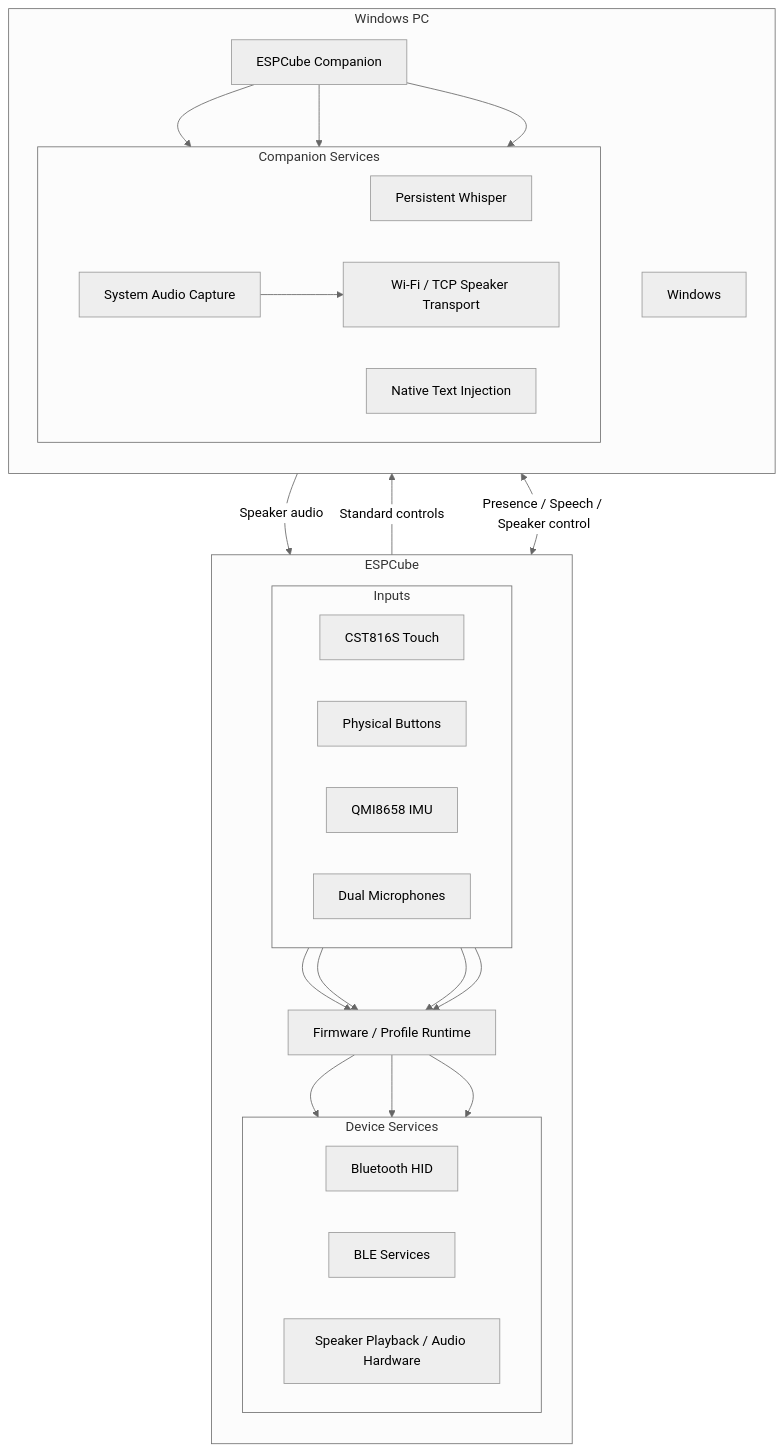
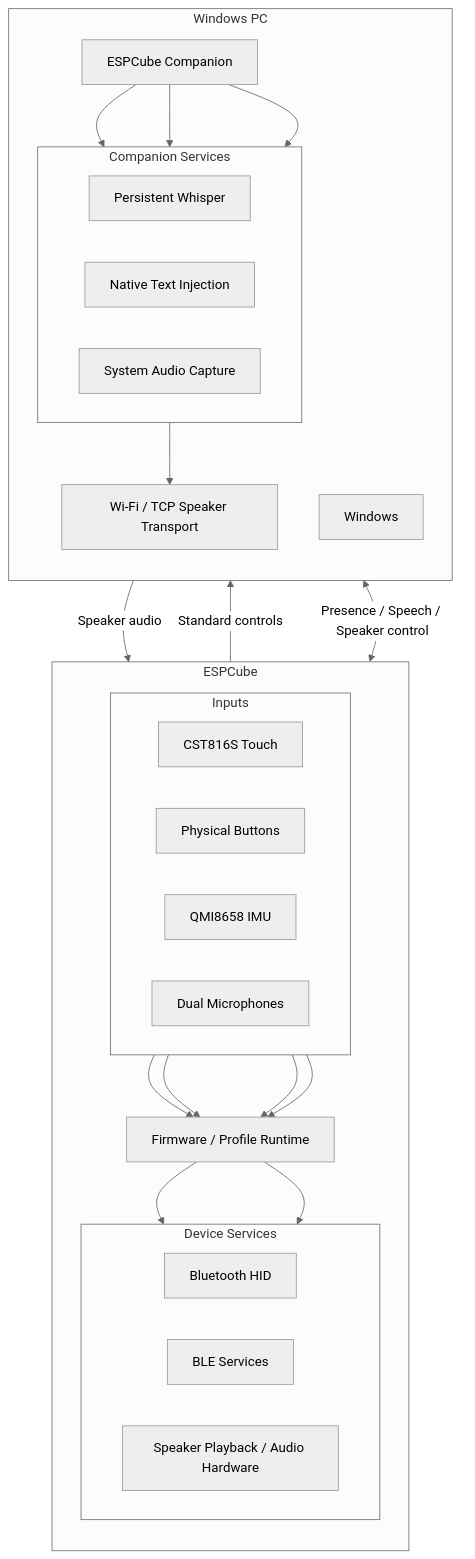
The third of 5 diagrams in README.md (hasan-bukhari-dev/ESPCube), drawn with Mermaid (neutral theme) before and after one commit.

````diff
--- a/README.md
+++ b/README.md
@@ -211,59 +211,59 @@
 ```mermaid
 flowchart TB
 
     subgraph CUBE["ESPCube"]
         direction TB
 
         subgraph INPUTS["Inputs"]
             direction LR
             TOUCH["CST816S Touch"]
             BUTTONS["Physical Buttons"]
             IMU["QMI8658 IMU"]
             MICS["Dual Microphones"]
         end
 
         FW["Firmware / Profile Runtime"]
 
         subgraph SERVICES["Device Services"]
             direction LR
             HID["Bluetooth HID"]
             BLE["BLE Services"]
             AUDIO["Speaker Playback / Audio Hardware"]
         end
 
         TOUCH --> FW
         BUTTONS --> FW
         IMU --> FW
         MICS --> FW
 
         FW --> HID
         FW --> BLE
-        FW --> AUDIO
     end
 
 
     subgraph PC["Windows PC"]
         direction TB
 
         WINDOWS["Windows"]
         COMP["ESPCube Companion"]
 
         subgraph HOST["Companion Services"]
             direction LR
             WHISPER["Persistent Whisper"]
             INPUT["Native Text Injection"]
             CAPTURE["System Audio Capture"]
-            TCP["Wi-Fi / TCP Speaker Transport"]
         end
+
+        TCP["Wi-Fi / TCP Speaker Transport"]
 
         COMP --> WHISPER
         COMP --> INPUT
         COMP --> CAPTURE
         CAPTURE --> TCP
     end
 
 
     HID -->|"Standard controls"| WINDOWS
     BLE <-->|"Presence / Speech / Speaker control"| COMP
     TCP -->|"Speaker audio"| AUDIO
 ```
````
